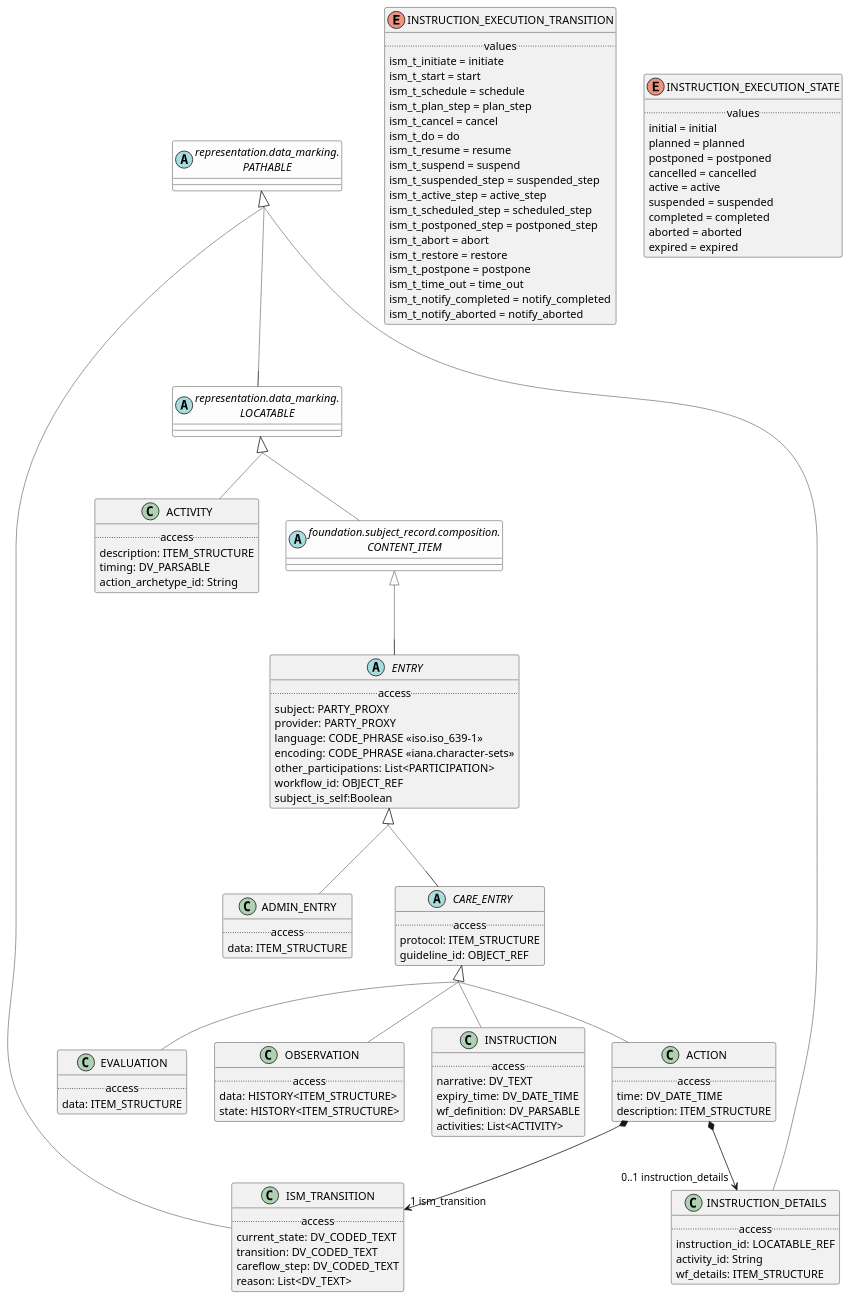
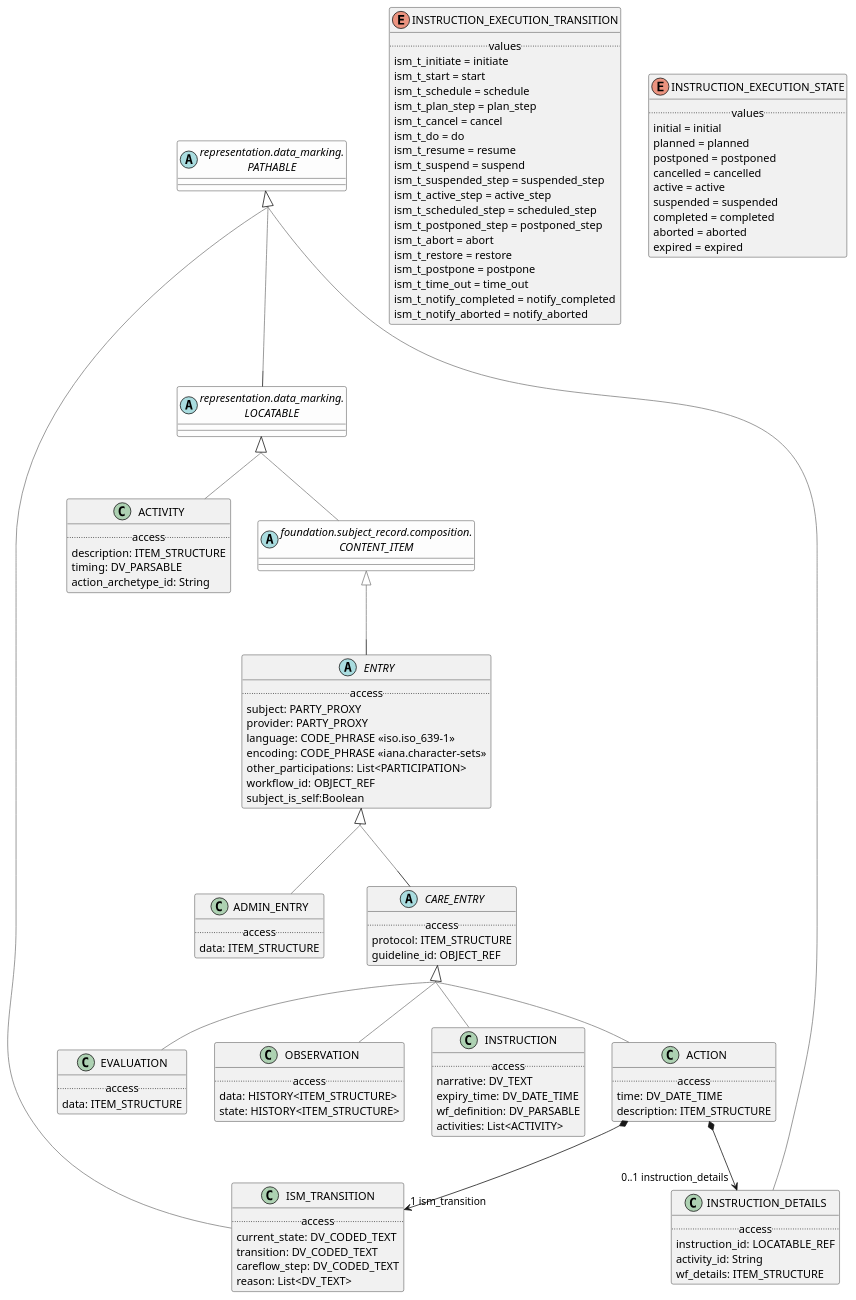
Before and after one commit to wolandscat/openehr-doc: the diagram in modules/ROOT/examples/bmm/foundation/subject_record/statement/statement-package-uml.adoc, drawn with PlantUML. The commit also changed other lines of this file and 608 other files, not shown here.

```diff
--- a/modules/ROOT/examples/bmm/foundation/subject_record/statement/statement-package-uml.adoc
+++ b/modules/ROOT/examples/bmm/foundation/subject_record/statement/statement-package-uml.adoc
@@ -5,6 +5,12 @@
 skinparam groupInheritance 2
 skinparam citedClassColor #FDFDFD
 
+abstract class "representation.data_marking.\nLOCATABLE" as LOCATABLE  [[/openehr-doc/latest/representation/data_marking-gen.html#_class_locatable]] #FDFDFD {
+}
+
+CONTENT_ITEM -[#gray]up-|> LOCATABLE  
+
+LOCATABLE -[#gray]up-|> PATHABLE  
 
 abstract class ENTRY [[/openehr-doc/latest/foundation/subject_record-gen.html#_class_entry]] {
         .. access ..
@@ -149,11 +155,5 @@
 }
 abstract class "representation.data_marking.\nLOCATABLE" as LOCATABLE  [[/openehr-doc/latest/representation/data_marking-gen.html#_class_locatable]] #FDFDFD {
 }
-abstract class "representation.data_marking.\nLOCATABLE" as LOCATABLE  [[/openehr-doc/latest/representation/data_marking-gen.html#_class_locatable]] #FDFDFD {
-}
-
-CONTENT_ITEM -[#gray]up-|> LOCATABLE  
-
-LOCATABLE -[#gray]up-|> PATHABLE  
 
 ....
```
